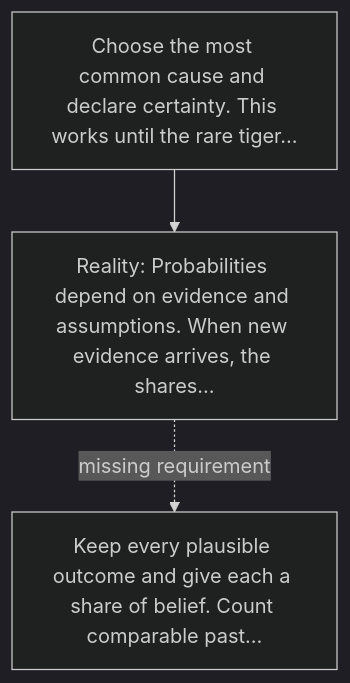
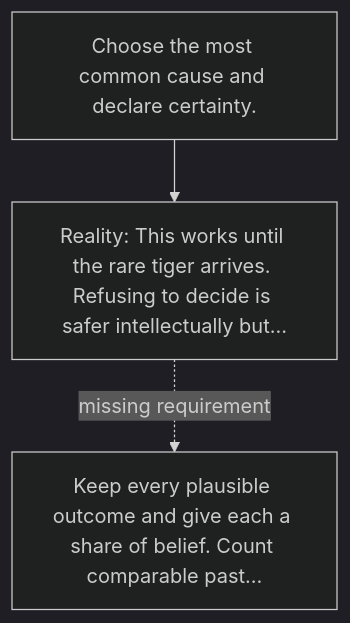
One commit to kleem-labs/AI-Archaeology changed the diagram in excavations/017-probability/diagram.md. Above: the diagram before and after it, drawn with Mermaid (dark theme). The commit also changed other lines of this file and 165 other files, not shown here.

````diff
--- a/excavations/017-probability/diagram.md
+++ b/excavations/017-probability/diagram.md
@@ -5,5 +5,5 @@
 ```mermaid
 flowchart TD
-    A["Choose the most common cause and declare certainty. This works until the rare tiger…"] --> B["Reality: Probabilities depend on evidence and assumptions. When new evidence arrives, the shares…"]
+    A["Choose the most common cause and declare certainty."] --> B["Reality: This works until the rare tiger arrives. Refusing to decide is safer intellectually but…"]
     B -. "missing requirement" .-> C["Keep every plausible outcome and give each a share of belief. Count comparable past…"]
 ```
````
